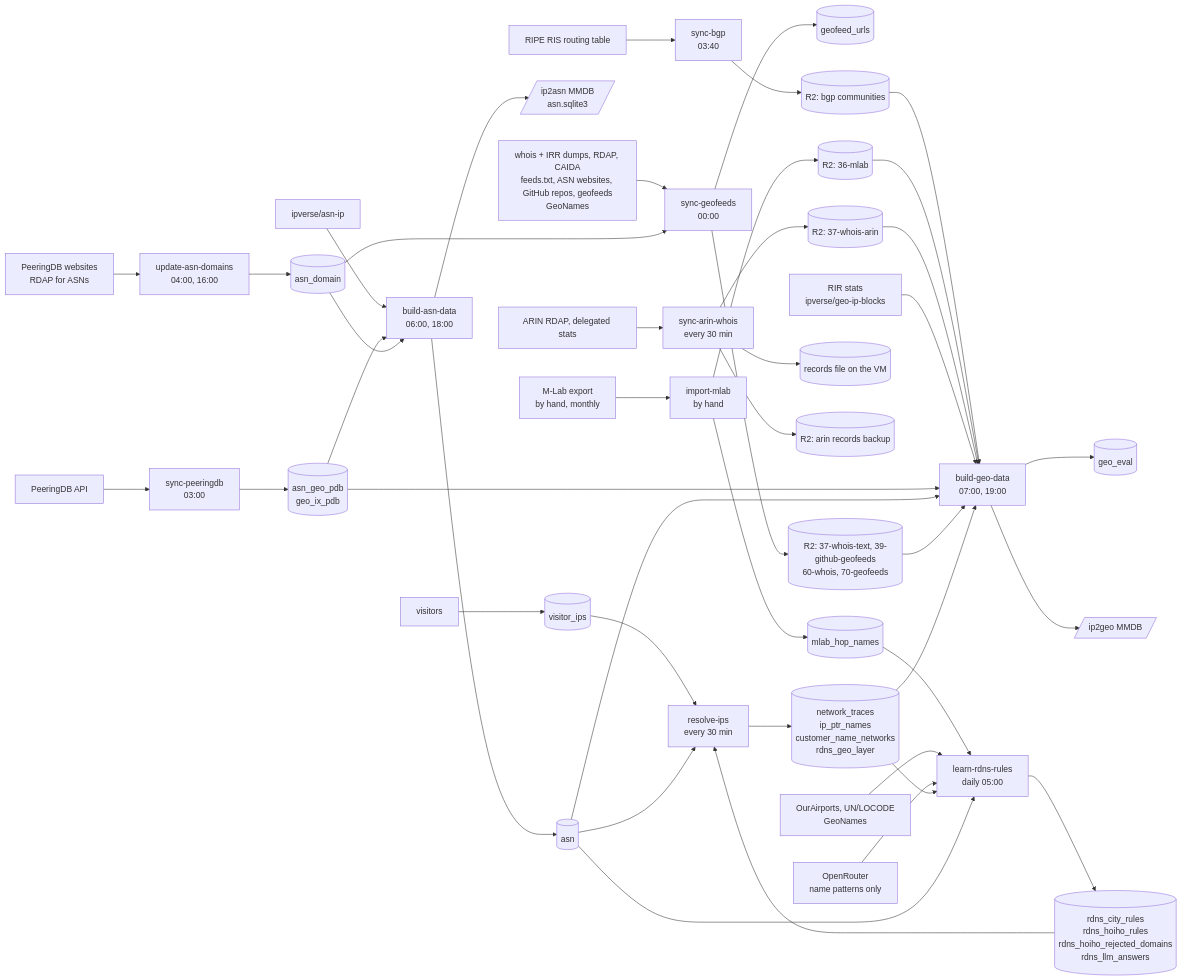
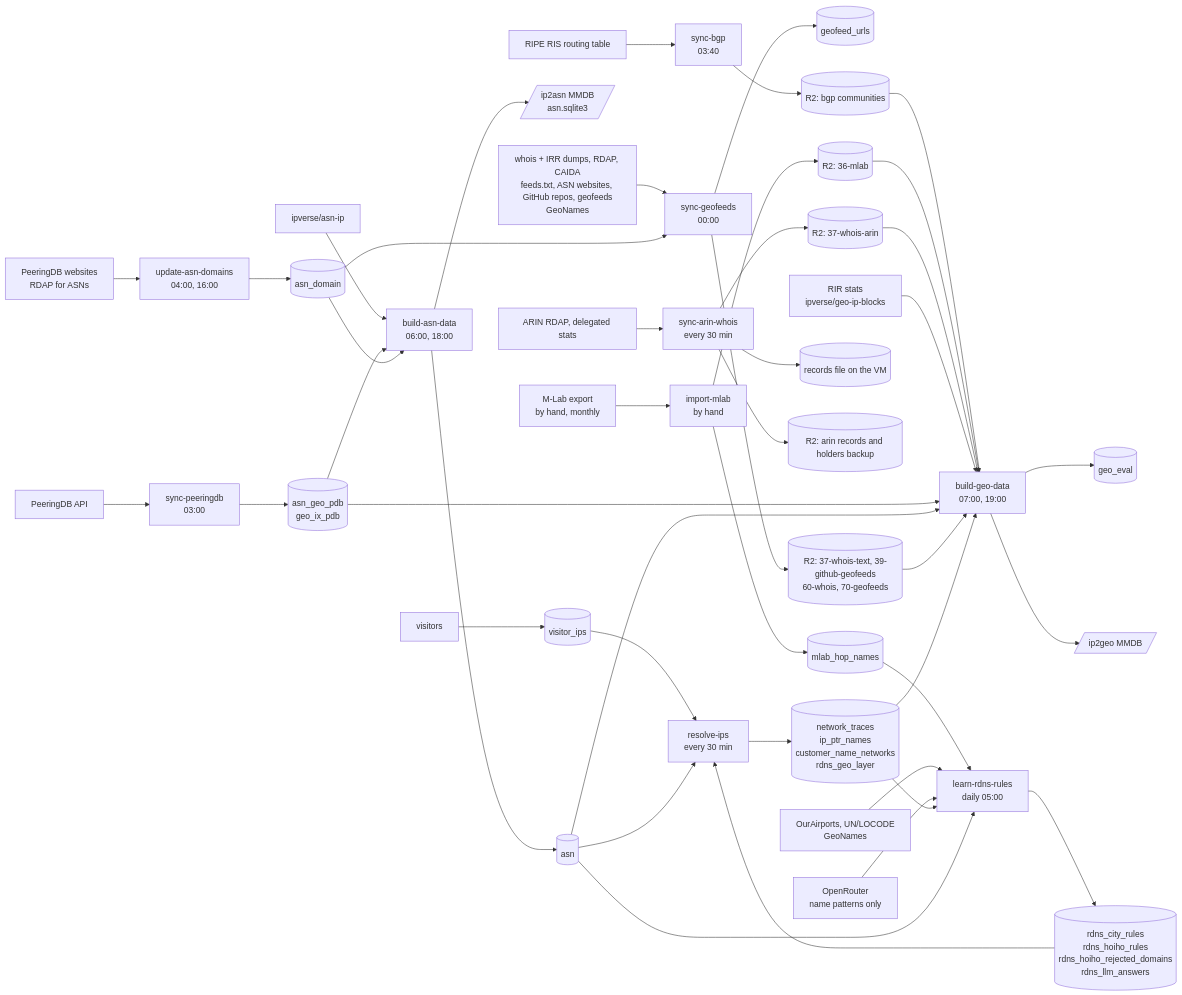
Before and after one commit to shingrus/openipdata.org: the diagram in docs/pipeline.md, drawn with Mermaid. The commit also changed other lines of this file and 13 other files, not shown here.

First line of the commit message:
arin: holder class, schools and local government up to a /16 in 37-whois-arin, wide records kept

````diff
--- a/docs/pipeline.md
+++ b/docs/pipeline.md
@@ -9,46 +9,46 @@
 ```mermaid
 flowchart LR
   pdbapi[PeeringDB API] --> pdb[sync-peeringdb<br/>03:00]
   pdb --> t_pdb[(asn_geo_pdb<br/>geo_ix_pdb)]
   rdapasn[PeeringDB websites<br/>RDAP for ASNs] --> dom[update-asn-domains<br/>04:00, 16:00]
   dom --> t_dom[(asn_domain)]
   asnip[ipverse/asn-ip] --> asn[build-asn-data<br/>06:00, 18:00]
   t_pdb --> asn
   t_dom --> asn
   asn --> t_asn[(asn)]
   asn --> pub_asn[/ip2asn MMDB<br/>asn.sqlite3/]
   whois[whois + IRR dumps, RDAP, CAIDA<br/>feeds.txt, ASN websites, GitHub repos, geofeeds<br/>GeoNames] --> gf[sync-geofeeds<br/>00:00]
   t_dom --> gf
   gf --> t_gf[(geofeed_urls)]
   gf --> r2[(R2: 37-whois-text, 39-github-geofeeds<br/>60-whois, 70-geofeeds)]
   ris[RIPE RIS routing table] --> bgp[sync-bgp<br/>03:40]
   bgp --> r2bgp[(R2: bgp communities)]
   r2bgp --> geo
   mlabcsv[M-Lab export<br/>by hand, monthly] --> ml[import-mlab<br/>by hand]
   ml --> t_ml[(mlab_hop_names)]
   ml --> r2ml[(R2: 36-mlab)]
   r2ml --> geo
   rdaparin[ARIN RDAP, delegated stats] --> arin[sync-arin-whois<br/>every 30 min]
   arin --> f_arin[(records file on the VM)]
-  arin --> r2back[(R2: arin records backup)]
+  arin --> r2back[(R2: arin records and holders backup)]
   arin --> r2arin[(R2: 37-whois-arin)]
   r2arin --> geo
   t_ml --> learn
   rir[RIR stats<br/>ipverse/geo-ip-blocks] --> geo[build-geo-data<br/>07:00, 19:00]
   t_pdb --> geo
   t_asn --> geo
   r2 --> geo
   geo --> t_eval[(geo_eval)]
   geo --> pub_geo[/ip2geo MMDB/]
   visitors[visitors] --> t_vis[(visitor_ips)]
   t_vis --> rd[resolve-ips<br/>every 30 min]
   t_asn --> rd
   rd --> t_rd[(network_traces<br/>ip_ptr_names<br/>customer_name_networks<br/>rdns_geo_layer)]
   t_rd --> geo
   places[OurAirports, UN/LOCODE<br/>GeoNames] --> learn[learn-rdns-rules<br/>daily 05:00]
   llm[OpenRouter<br/>name patterns only] --> learn
   t_rd --> learn
   t_asn --> learn
   learn --> t_rules[(rdns_city_rules<br/>rdns_hoiho_rules<br/>rdns_hoiho_rejected_domains<br/>rdns_llm_answers)]
   t_rules --> rd
 ```
````
